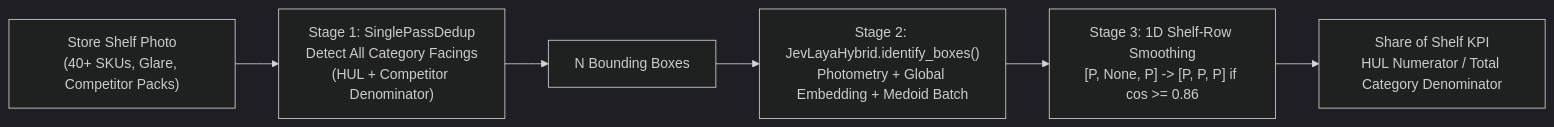
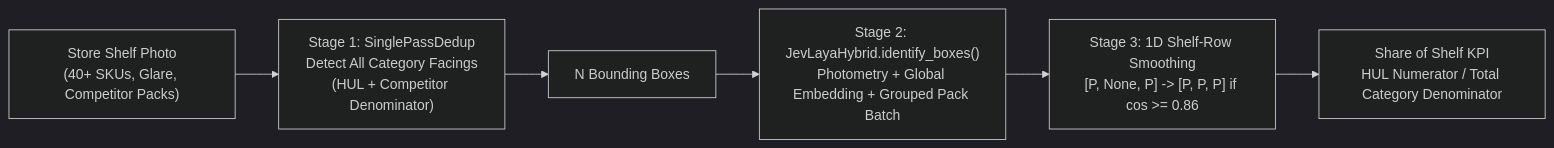
One commit to jigyasujuneja/unilever-shelf-understanding-e2e changed the fourth of 6 diagrams in docs/reference.md. Above: the diagram before and after it, drawn with Mermaid (dark theme). The commit also changed other lines of this file and 3 other files, not shown here.

````diff
--- a/docs/reference.md
+++ b/docs/reference.md
@@ -228,8 +228,8 @@
 ```mermaid
 flowchart LR
   IMG["Store Shelf Photo<br/>(40+ SKUs, Glare, Competitor Packs)"] --> DET["Stage 1: SinglePassDedup<br/>Detect All Category Facings<br/>(HUL + Competitor Denominator)"]
   DET --> CROPS["N Bounding Boxes"]
-  CROPS --> RET["Stage 2: JevLayaHybrid.identify_boxes()<br/>Photometry + Global Embedding + Medoid Batch"]
+  CROPS --> RET["Stage 2: JevLayaHybrid.identify_boxes()<br/>Photometry + Global Embedding + Grouped Pack Batch"]
   RET --> SMOOTH["Stage 3: 1D Shelf-Row Smoothing<br/>[P, None, P] -> [P, P, P] if cos >= 0.86"]
   SMOOTH --> SOS["Share of Shelf KPI<br/>HUL Numerator / Total Category Denominator"]
 ```
````
